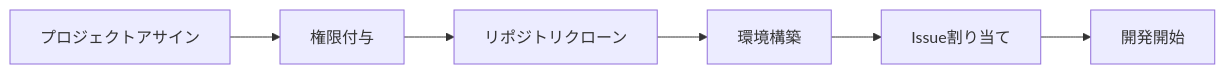
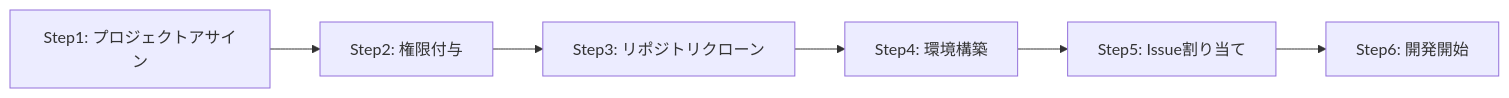
Before and after one commit to sas-com/github-guidelines: the second of 3 diagrams in ONBOARDING.md, drawn with Mermaid. The commit also changed other lines of this file, not shown here.

````diff
--- a/ONBOARDING.md
+++ b/ONBOARDING.md
@@ -423,8 +423,8 @@
 ```mermaid
 graph LR
-    A[プロジェクトアサイン] --> B[権限付与]
-    B --> C[リポジトリクローン]
-    C --> D[環境構築]
-    D --> E[Issue割り当て]
-    E --> F[開発開始]
+    A[Step1: プロジェクトアサイン] --> B[Step2: 権限付与]
+    B --> C[Step3: リポジトリクローン]
+    C --> D[Step4: 環境構築]
+    D --> E[Step5: Issue割り当て]
+    E --> F[Step6: 開発開始]
 ```
````
